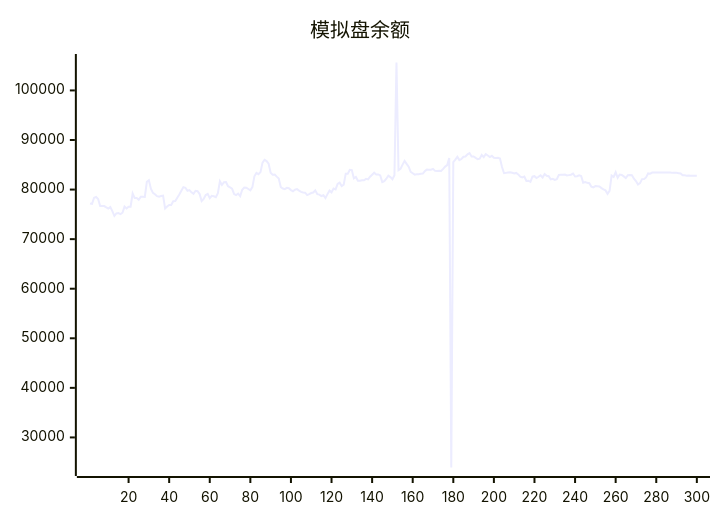
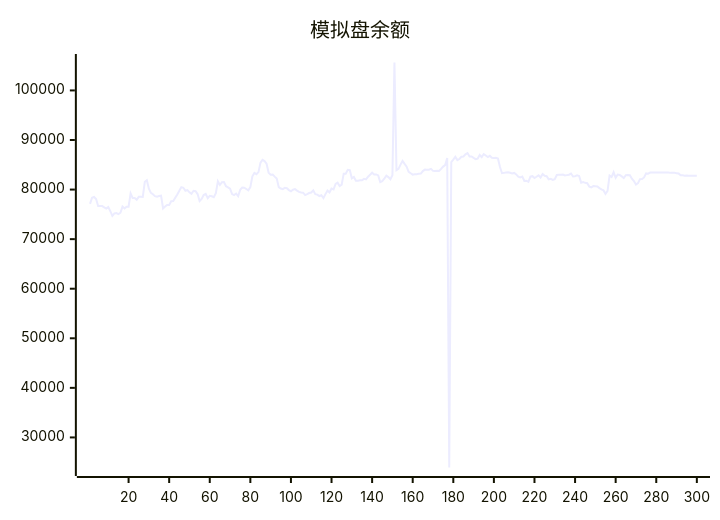
Before and after one commit to aahl/ai-trading: the diagram in README.md, drawn with Mermaid. The commit also changed other lines of this file and 1 other file, not shown here.

````diff
--- a/README.md
+++ b/README.md
@@ -5,5 +5,5 @@
 ```mermaid
 xychart
     title "模拟盘余额"
-    line [77202,77103,78357,78510,78106,76678,76677,76672,76411,76159,76485,75656,74695,75197,75246,75052,75334,76564,76179,76553,76551,79196,78300,78300,77944,78531,78531,78521,81564,81884,80160,79335,79055,78675,78580,78708,78764,76179,76586,76902,76876,77658,77669,78346,79023,79769,80497,80366,79761,79896,79448,79126,79749,79658,79097,77695,78114,78888,79126,78249,78738,78653,78478,79271,81680,80923,81488,81527,80681,80455,80190,79084,78879,79193,78686,79954,80403,80374,80118,79848,80491,82665,83351,83098,83525,85430,85983,85737,85221,83378,83014,83043,82613,82216,80477,80208,80081,80348,80277,79894,79670,79965,80093,79786,79542,79406,79371,78893,79087,79304,79406,79841,79072,78978,78696,78846,78272,79085,79787,79442,80198,80031,81120,81379,80718,80985,83214,83212,83993,83921,82270,82547,81776,81776,81866,81866,82158,82061,82596,83000,83408,83041,83050,82858,81503,81691,82188,82812,82517,82092,82901,105633,83898,84180,85030,85781,85178,84604,83569,83298,83008,83093,83107,83175,83228,83729,84025,84017,84019,84177,83775,83762,83785,83738,84160,84639,84939,86370,23934,85548,86046,86599,85942,86161,86622,86664,87115,87369,86666,86685,86384,86152,86243,86969,86548,87164,86885,86566,86809,86427,86348,86417,86273,84538,83299,83369,83430,83490,83404,83270,83362,83056,82605,82459,82614,81734,81788,81551,82598,82702,82320,82580,82878,82426,83139,82778,82686,82056,82166,81963,82110,82951,82983,82984,83038,82838,82915,82998,83235,82642,82682,82858,82746,81396,81512,81362,81277,80600,80461,80699,80673,80616,80288,80038,79836,79142,79722,82837,82533,83480,82366,83032,82960,82654,82330,82883,82934,82901,82188,81728,81005,81298,82110,82135,82449,83264,83203,83440,83439,83440,83440,83446,83447,83448,83447,83448,83449,83369,83369,83369,83313,83256,82872,82873,82801,82844,82785,82791,82791,82793]
+    line [77103,78357,78510,78106,76678,76677,76672,76411,76159,76485,75656,74695,75197,75246,75052,75334,76564,76179,76553,76551,79196,78300,78300,77944,78531,78531,78521,81564,81884,80160,79335,79055,78675,78580,78708,78764,76179,76586,76902,76876,77658,77669,78346,79023,79769,80497,80366,79761,79896,79448,79126,79749,79658,79097,77695,78114,78888,79126,78249,78738,78653,78478,79271,81680,80923,81488,81527,80681,80455,80190,79084,78879,79193,78686,79954,80403,80374,80118,79848,80491,82665,83351,83098,83525,85430,85983,85737,85221,83378,83014,83043,82613,82216,80477,80208,80081,80348,80277,79894,79670,79965,80093,79786,79542,79406,79371,78893,79087,79304,79406,79841,79072,78978,78696,78846,78272,79085,79787,79442,80198,80031,81120,81379,80718,80985,83214,83212,83993,83921,82270,82547,81776,81776,81866,81866,82158,82061,82596,83000,83408,83041,83050,82858,81503,81691,82188,82812,82517,82092,82901,105633,83898,84180,85030,85781,85178,84604,83569,83298,83008,83093,83107,83175,83228,83729,84025,84017,84019,84177,83775,83762,83785,83738,84160,84639,84939,86370,23934,85548,86046,86599,85942,86161,86622,86664,87115,87369,86666,86685,86384,86152,86243,86969,86548,87164,86885,86566,86809,86427,86348,86417,86273,84538,83299,83369,83430,83490,83404,83270,83362,83056,82605,82459,82614,81734,81788,81551,82598,82702,82320,82580,82878,82426,83139,82778,82686,82056,82166,81963,82110,82951,82983,82984,83038,82838,82915,82998,83235,82642,82682,82858,82746,81396,81512,81362,81277,80600,80461,80699,80673,80616,80288,80038,79836,79142,79722,82837,82533,83480,82366,83032,82960,82654,82330,82883,82934,82901,82188,81728,81005,81298,82110,82135,82449,83264,83203,83440,83439,83440,83440,83446,83447,83448,83447,83448,83449,83369,83369,83369,83313,83256,82872,82873,82801,82844,82785,82791,82791,82793,82794]
 ```
````
